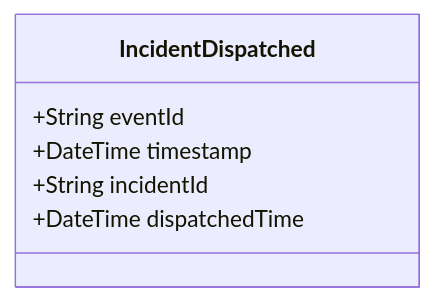
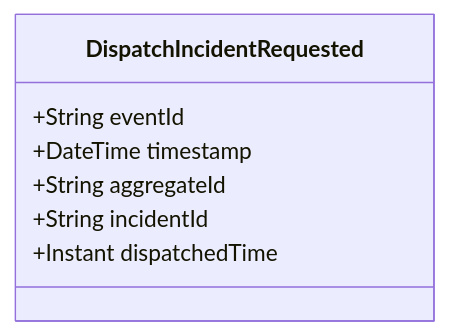
One commit to pgraff/police-system changed the diagram in doc/events/IncidentDispatched.md. Above: the diagram before and after it, drawn with Mermaid. The commit also changed other lines of this file and 58 other files, not shown here.

````diff
--- a/doc/events/IncidentDispatched.md
+++ b/doc/events/IncidentDispatched.md
@@ -9,9 +9,10 @@
 ```mermaid
 classDiagram
-    class IncidentDispatched {
+    class DispatchIncidentRequested {
         +String eventId
         +DateTime timestamp
+        +String aggregateId
         +String incidentId
-        +DateTime dispatchedTime
+        +Instant dispatchedTime
     }
 ```
````
